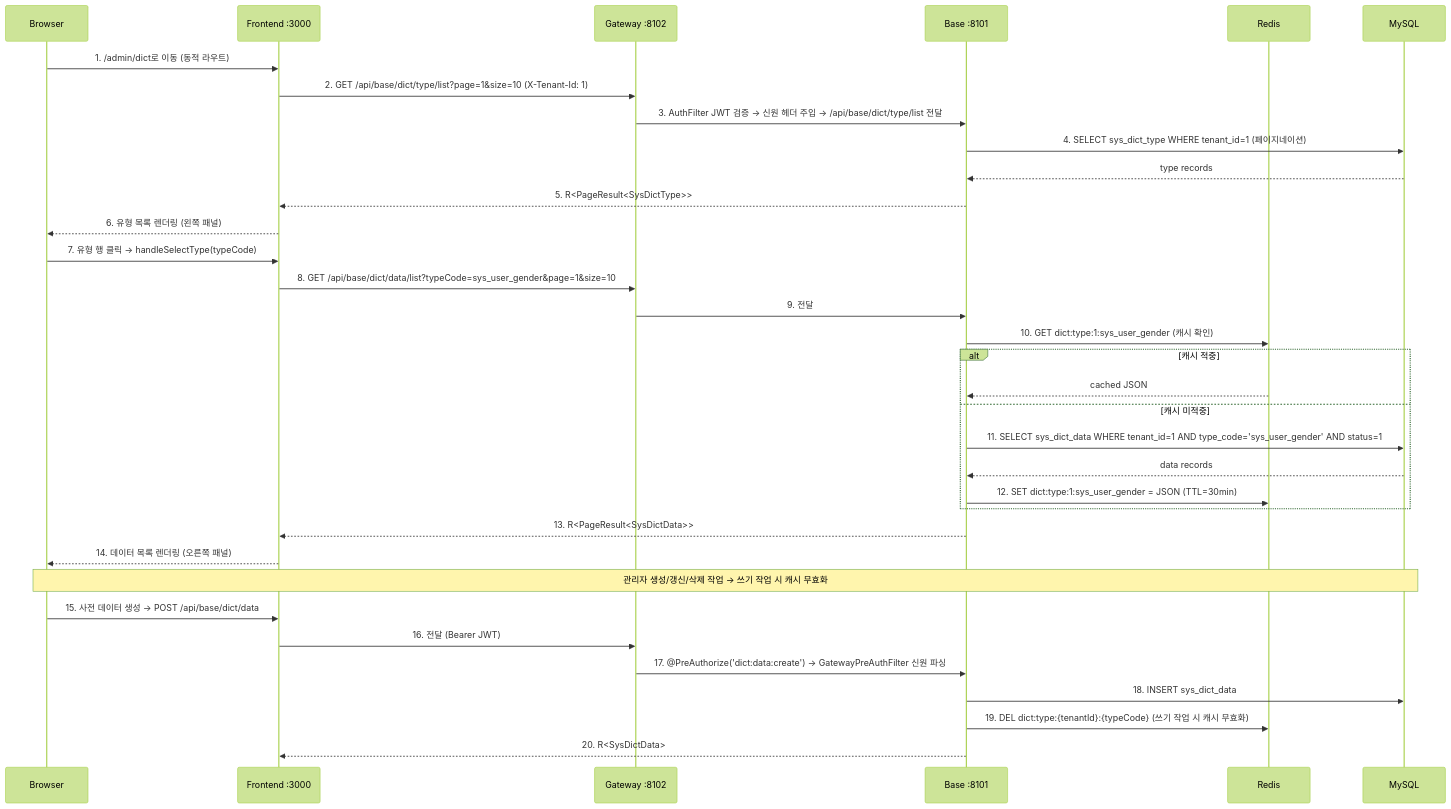
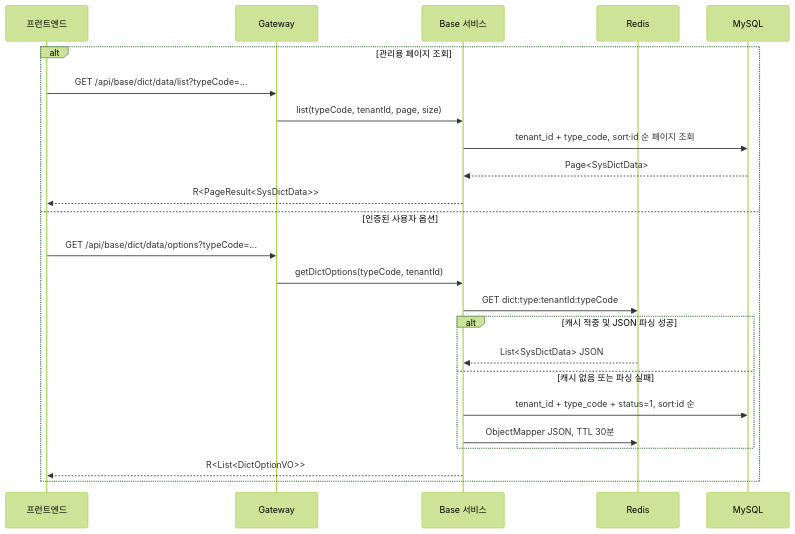
One commit to wang-baohai/Omni-Stack changed the ninth of 21 diagrams in docs/core-flows.kr.md. Above: the diagram before and after it, drawn with Mermaid (forest theme). The commit also changed other lines of this file and 1095 other files, not shown here.

````diff
--- a/docs/core-flows.kr.md
+++ b/docs/core-flows.kr.md
@@ -1042,39 +850,26 @@
 ```mermaid
 sequenceDiagram
-    participant B as Browser
-    participant F as Frontend :3000
-    participant G as Gateway :8102
-    participant Base as Base :8101
+    participant F as 프런트엔드
+    participant G as Gateway
+    participant B as Base 서비스
     participant R as Redis
-    participant M as MySQL
-
-    B->>F: 1. /admin/dict로 이동 (동적 라우트)
-    F->>G: 2. GET /api/base/dict/type/list?page=1&size=10 (X-Tenant-Id: 1)
-    G->>Base: 3. AuthFilter JWT 검증 → 신원 헤더 주입 → /api/base/dict/type/list 전달
-    Base->>M: 4. SELECT sys_dict_type WHERE tenant_id=1 (페이지네이션)
-    M-->>Base: type records
-    Base-->>F: 5. R<PageResult<SysDictType>>
-    F-->>B: 6. 유형 목록 렌더링 (왼쪽 패널)
-
-    B->>F: 7. 유형 행 클릭 → handleSelectType(typeCode)
-    F->>G: 8. GET /api/base/dict/data/list?typeCode=sys_user_gender&page=1&size=10
-    G->>Base: 9. 전달
-    Base->>R: 10. GET dict:type:1:sys_user_gender (캐시 확인)
-    alt 캐시 적중
-        R-->>Base: cached JSON
-    else 캐시 미적중
-        Base->>M: 11. SELECT sys_dict_data WHERE tenant_id=1 AND type_code='sys_user_gender' AND status=1
-        M-->>Base: data records
-        Base->>R: 12. SET dict:type:1:sys_user_gender = JSON (TTL=30min)
+    participant D as MySQL
+    alt 관리용 페이지 조회
+        F->>G: GET /api/base/dict/data/list?typeCode=...
+        G->>B: list(typeCode, tenantId, page, size)
+        B->>D: tenant_id + type_code, sort·id 순 페이지 조회
+        D-->>B: Page<SysDictData>
+        B-->>F: R<PageResult<SysDictData>>
+    else 인증된 사용자 옵션
+        F->>G: GET /api/base/dict/data/options?typeCode=...
+        G->>B: getDictOptions(typeCode, tenantId)
+        B->>R: GET dict:type:tenantId:typeCode
+        alt 캐시 적중 및 JSON 파싱 성공
+            R-->>B: List<SysDictData> JSON
+        else 캐시 없음 또는 파싱 실패
+            B->>D: tenant_id + type_code + status=1, sort·id 순
+            B->>R: ObjectMapper JSON, TTL 30분
+        end
+        B-->>F: R<List<DictOptionVO>>
     end
-    Base-->>F: 13. R<PageResult<SysDictData>>
-    F-->>B: 14. 데이터 목록 렌더링 (오른쪽 패널)
-
-    Note over B,M: 관리자 생성/갱신/삭제 작업 → 쓰기 작업 시 캐시 무효화
-    B->>F: 15. 사전 데이터 생성 → POST /api/base/dict/data
-    F->>G: 16. 전달 (Bearer JWT)
-    G->>Base: 17. @PreAuthorize('dict:data:create') → GatewayPreAuthFilter 신원 파싱
-    Base->>M: 18. INSERT sys_dict_data
-    Base->>R: 19. DEL dict:type:{tenantId}:{typeCode} (쓰기 작업 시 캐시 무효화)
-    Base-->>F: 20. R<SysDictData>
 ```
````
